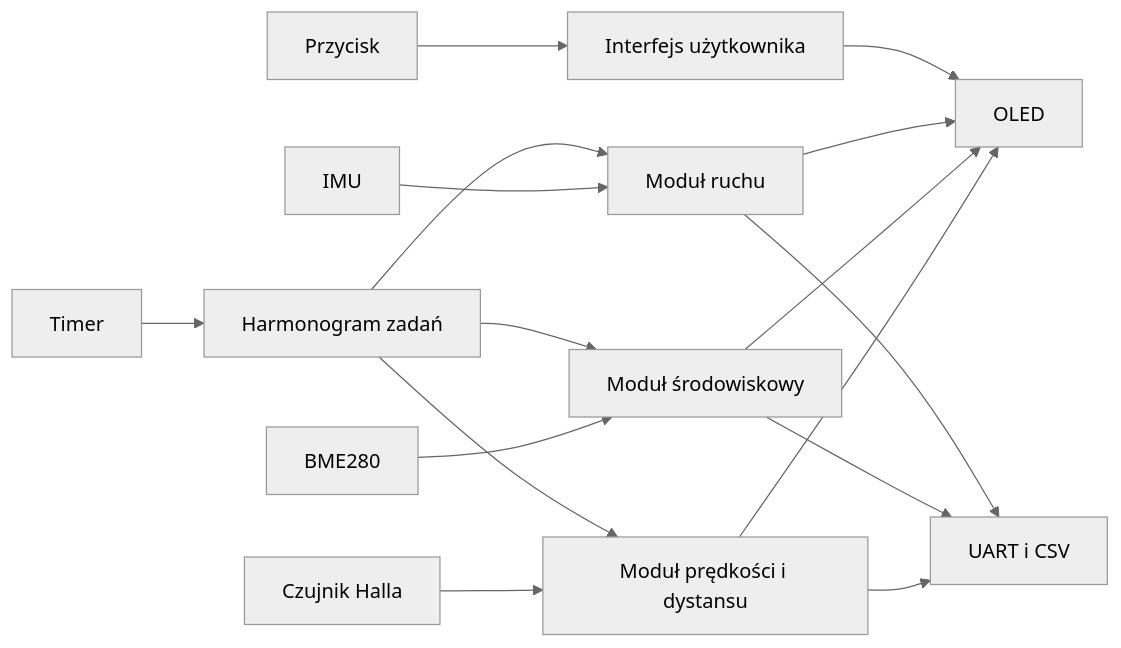
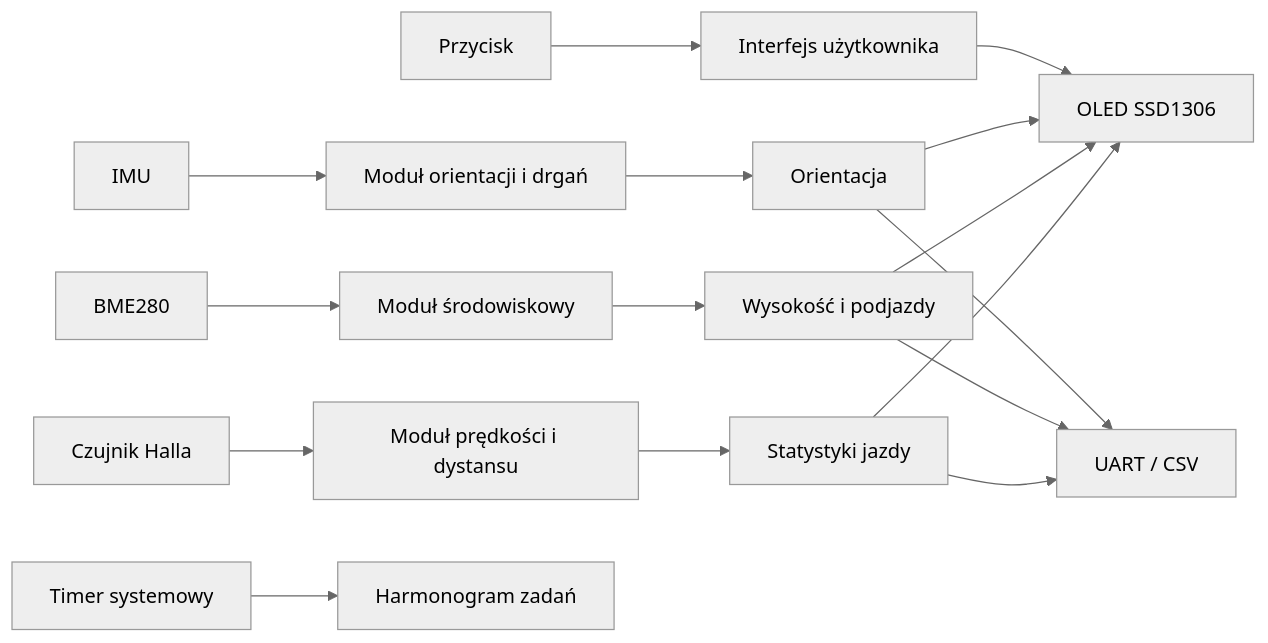
The diagram in README.md (MALIKM987/Bicycle-Computer), drawn with Mermaid (neutral theme) before and after one commit. The commit also changed other lines of this file and 14 other files, not shown here.

````diff
--- a/README.md
+++ b/README.md
@@ -26,18 +43,21 @@
 ```mermaid
 flowchart LR
-    A[Czujnik Halla] --> B[Moduł prędkości i dystansu]
-    C[BME280] --> D[Moduł środowiskowy]
-    E[IMU] --> F[Moduł ruchu]
-    G[Przycisk] --> H[Interfejs użytkownika]
-    I[Timer] --> J[Harmonogram zadań]
-    B --> K[OLED]
-    D --> K
-    F --> K
-    H --> K
-    B --> L[UART i CSV]
-    D --> L
-    F --> L
-    J --> B
-    J --> D
-    J --> F
+    HALL[Czujnik Halla] --> SPEED[Moduł prędkości i dystansu]
+    BME[BME280] --> ENV[Moduł środowiskowy]
+    IMU[IMU] --> MOTION[Moduł orientacji i drgań]
+    BTN[Przycisk] --> UI[Interfejs użytkownika]
+    TIMER[Timer systemowy] --> SCHED[Harmonogram zadań]
+
+    SPEED --> STATS[Statystyki jazdy]
+    ENV --> CLIMB[Wysokość i podjazdy]
+    MOTION --> ORIENT[Orientacja]
+
+    STATS --> OLED[OLED SSD1306]
+    CLIMB --> OLED
+    ORIENT --> OLED
+    UI --> OLED
+
+    STATS --> UART[UART / CSV]
+    CLIMB --> UART
+    ORIENT --> UART
 ```
````
